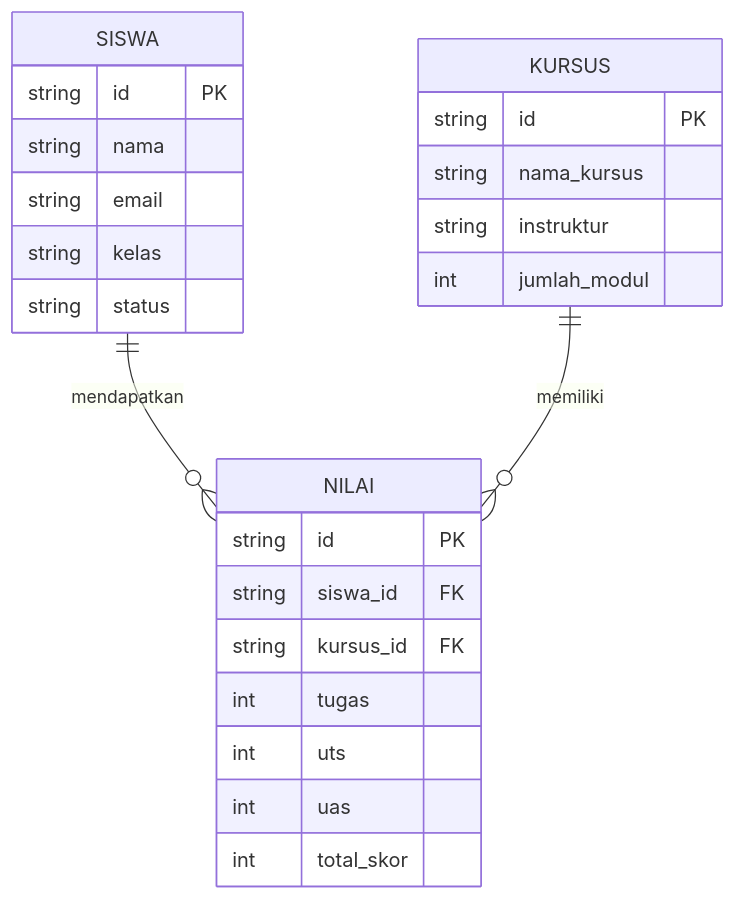
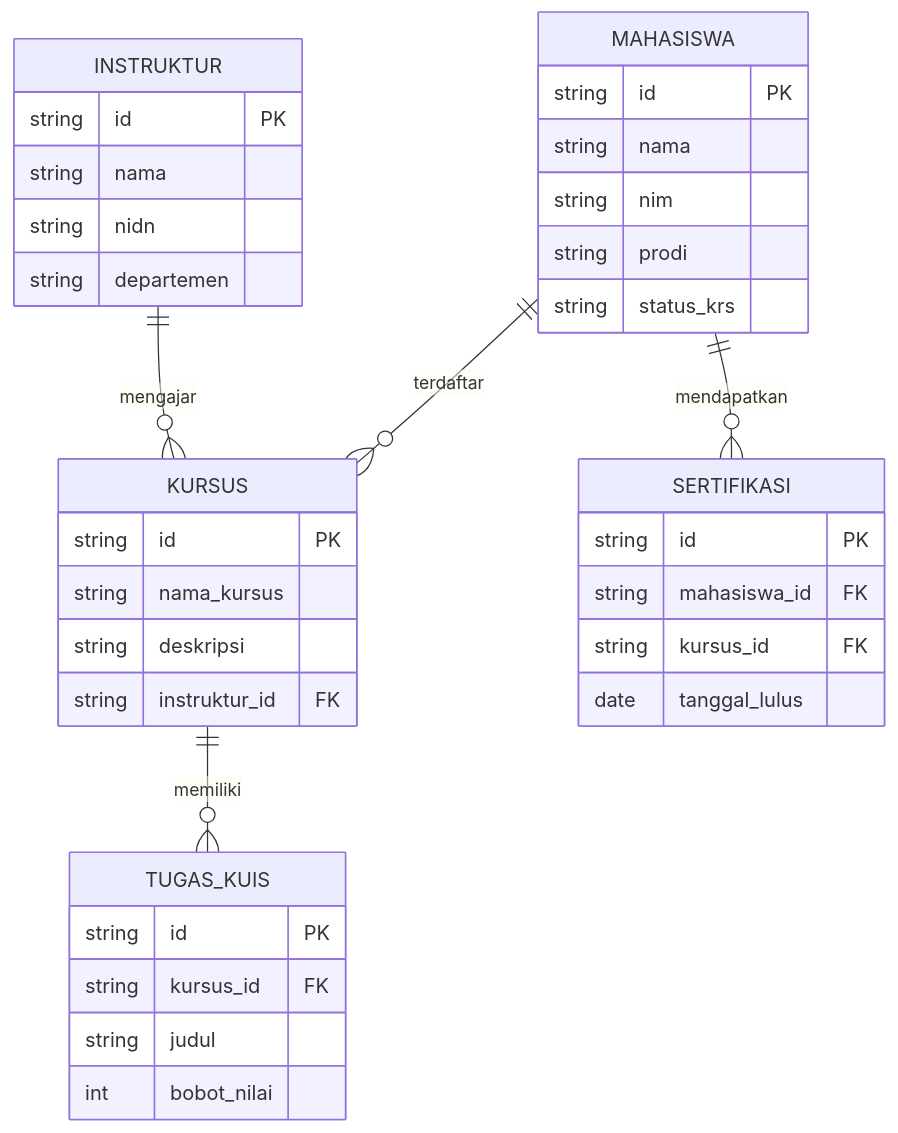
The diagram in docs/perancangan.md (fahrizal-tech/PEMPROGRAMAN-WEB2), drawn with Mermaid before and after one commit. The commit also changed other lines of this file and 10 other files, not shown here.

First line of the commit message:
feat: import halaman hasil desain Stitch (login, mahasiswa, instruktur, kelas virtual, kurikulum, tugas-kuis, sertifikasi, pengaturan)

````diff
--- a/docs/perancangan.md
+++ b/docs/perancangan.md
@@ -21,28 +29,39 @@
 ```mermaid
 erDiagram
-    SISWA {
+    MAHASISWA {
         string id PK
         string nama
-        string email
-        string kelas
-        string status
+        string nim
+        string prodi
+        string status_krs
+    }
+    INSTRUKTUR {
+        string id PK
+        string nama
+        string nidn
+        string departemen
     }
     KURSUS {
         string id PK
         string nama_kursus
-        string instruktur
-        int jumlah_modul
+        string deskripsi
+        string instruktur_id FK
     }
-    NILAI {
+    TUGAS_KUIS {
         string id PK
-        string siswa_id FK
         string kursus_id FK
-        int tugas
-        int uts
-        int uas
-        int total_skor
+        string judul
+        int bobot_nilai
+    }
+    SERTIFIKASI {
+        string id PK
+        string mahasiswa_id FK
+        string kursus_id FK
+        date tanggal_lulus
     }
 
-    SISWA ||--o{ NILAI : "mendapatkan"
-    KURSUS ||--o{ NILAI : "memiliki"
+    INSTRUKTUR ||--o{ KURSUS : "mengajar"
+    MAHASISWA ||--o{ KURSUS : "terdaftar"
+    KURSUS ||--o{ TUGAS_KUIS : "memiliki"
+    MAHASISWA ||--o{ SERTIFIKASI : "mendapatkan"
 ```
````
